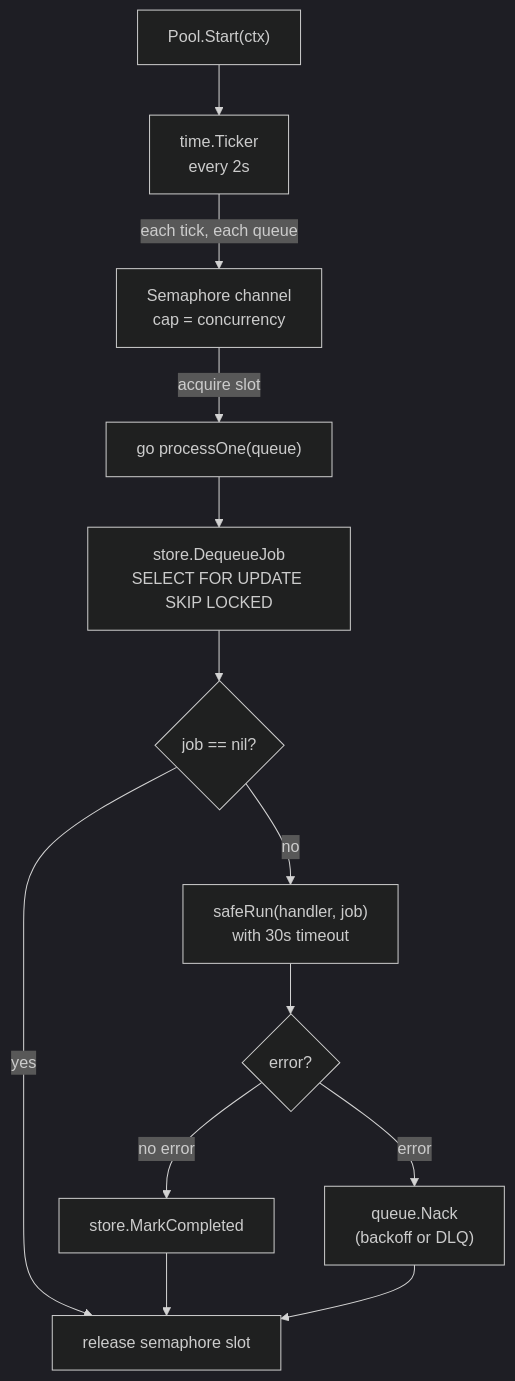
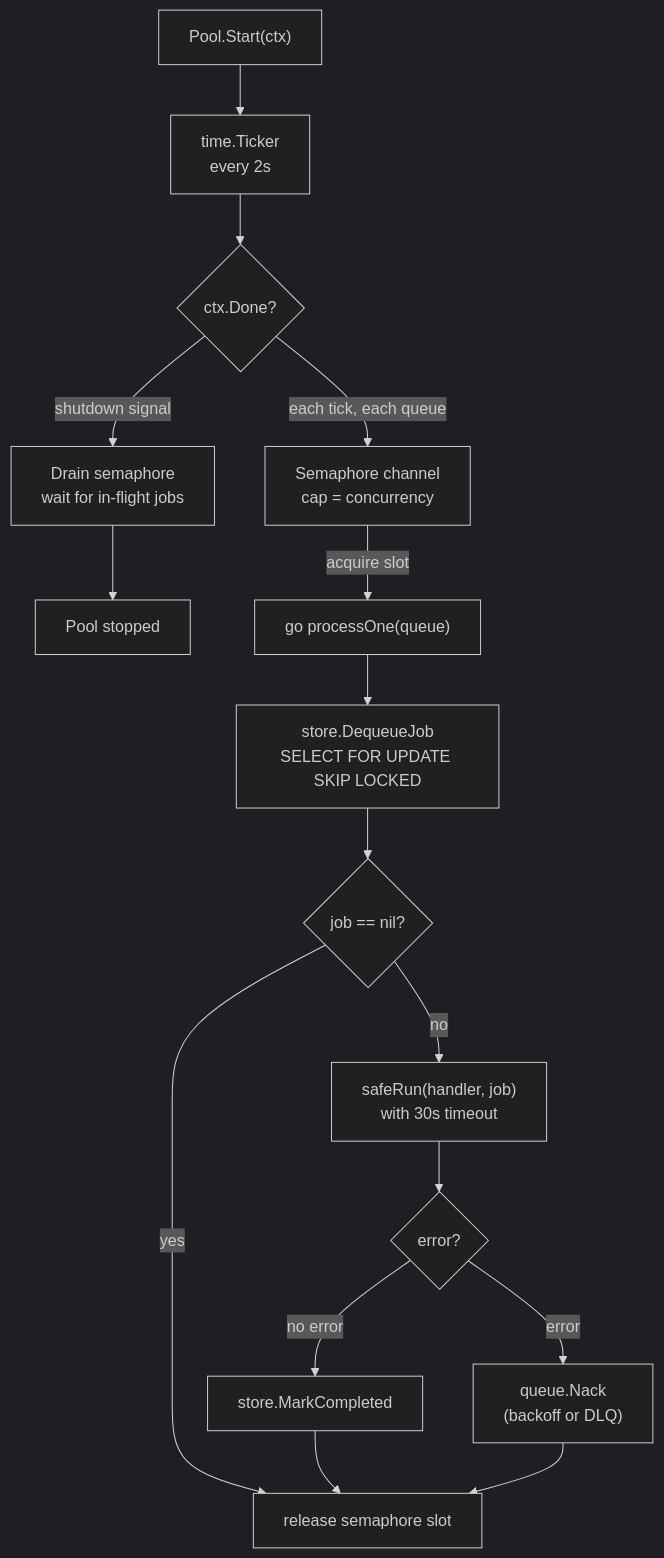
Before and after one commit to aman7401/taskqueue: the third of 6 diagrams in docs/LLD.md, drawn with Mermaid (dark theme). The commit also changed other lines of this file and 1 other file, not shown here.

````diff
--- a/docs/LLD.md
+++ b/docs/LLD.md
@@ -69,25 +78,30 @@
 ```mermaid
 flowchart TD
     Start["Pool.Start(ctx)"]
     Ticker["time.Ticker\nevery 2s"]
+    CtxDone{ctx.Done?}
+    Drain["Drain semaphore\nwait for in-flight jobs"]
+    Stop["Pool stopped"]
     Sem["Semaphore channel\ncap = concurrency"]
     Goroutine["go processOne(queue)"]
     Dequeue["store.DequeueJob\nSELECT FOR UPDATE SKIP LOCKED"]
     Empty{job == nil?}
     Run["safeRun(handler, job)\nwith 30s timeout"]
     OK{error?}
     Ack["store.MarkCompleted"]
     Nack["queue.Nack\n(backoff or DLQ)"]
     Done["release semaphore slot"]
 
     Start --> Ticker
-    Ticker -->|each tick, each queue| Sem
+    Ticker --> CtxDone
+    CtxDone -->|shutdown signal| Drain --> Stop
+    CtxDone -->|each tick, each queue| Sem
     Sem -->|acquire slot| Goroutine
     Goroutine --> Dequeue
     Dequeue --> Empty
     Empty -->|yes| Done
     Empty -->|no| Run
     Run --> OK
     OK -->|no error| Ack --> Done
     OK -->|error| Nack --> Done
 ```
````
